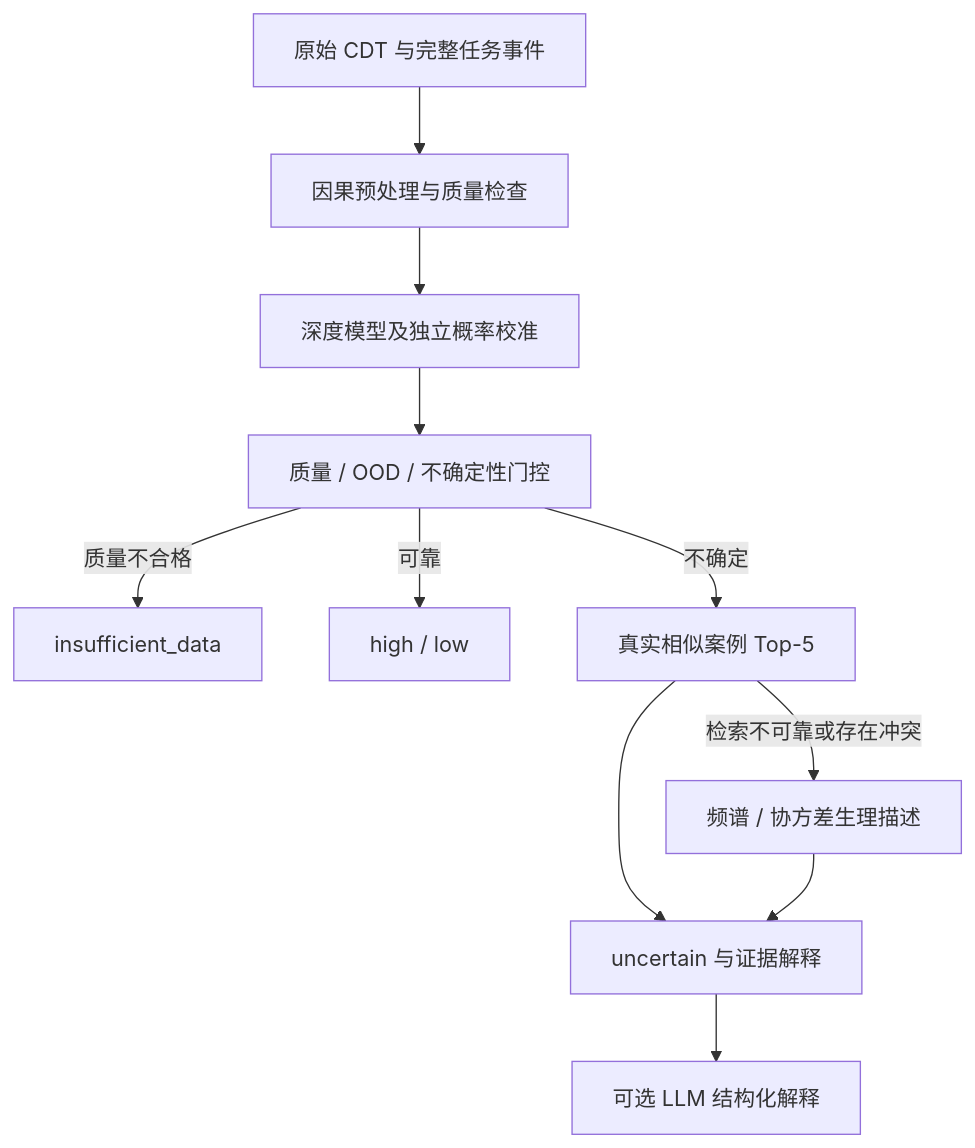
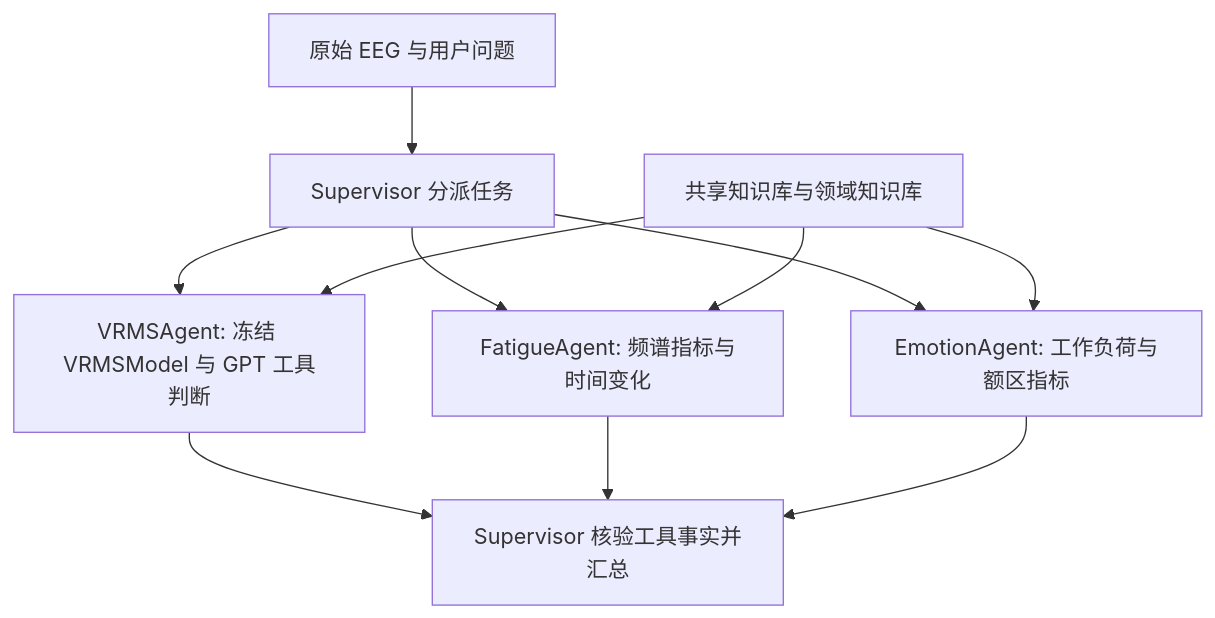
Before and after one commit to xu7700762-cell/eegagent: the diagram in README.md, drawn with Mermaid. The commit also changed other lines of this file and 156 other files, not shown here.

````diff
--- a/README.md
+++ b/README.md
@@ -23,13 +26,13 @@
 ```mermaid
 flowchart TD
-    A[原始 CDT 与完整任务事件] --> B[因果预处理与质量检查]
-    B --> C[深度模型及独立概率校准]
-    C --> D[质量 / OOD / 不确定性门控]
-    D -->|质量不合格| E[insufficient_data]
-    D -->|可靠| F[high / low]
-    D -->|不确定| G[真实相似案例 Top-5]
-    G -->|检索不可靠或存在冲突| H[频谱 / 协方差生理描述]
-    G --> I[uncertain 与证据解释]
-    H --> I
-    I --> J[可选 LLM 结构化解释]
+    Q[原始 EEG 与用户问题] --> S[Supervisor 分派任务]
+    S --> V[VRMSAgent: 冻结 VRMSModel 与 GPT 工具判断]
+    S --> F[FatigueAgent: 频谱指标与时间变化]
+    S --> E[EmotionAgent: 工作负荷与额区指标]
+    K[共享知识库与领域知识库] --> V
+    K --> F
+    K --> E
+    V --> R[Supervisor 核验工具事实并汇总]
+    F --> R
+    E --> R
 ```
````
